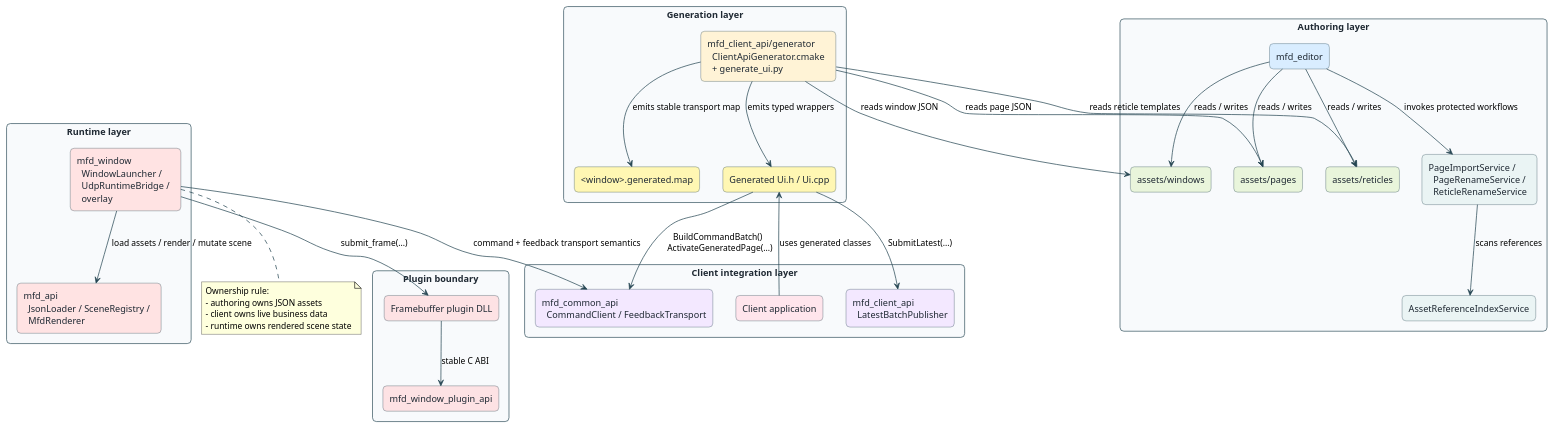
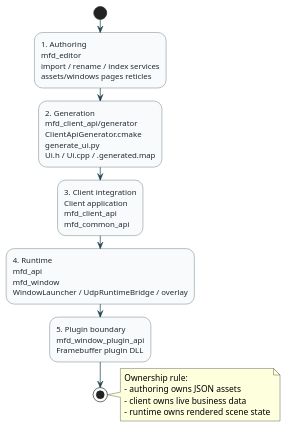
The diagram in docs/user_guide/diagrams/12_repository_module_layers.puml (benoitfragit/MFDStudio), drawn with PlantUML before and after one commit. The commit also changed 13 other files, not shown here.

```diff
--- a/docs/user_guide/diagrams/12_repository_module_layers.puml
+++ b/docs/user_guide/diagrams/12_repository_module_layers.puml
@@ -1,75 +1,29 @@
 @startuml
 skinparam backgroundColor #FFFFFF
 skinparam shadowing false
 skinparam defaultFontName Segoe UI
-skinparam packageStyle rectangle
 skinparam ArrowColor #264653
 skinparam ArrowThickness 1.1
-skinparam rectangle {
-  RoundCorner 12
-  BorderColor #264653
-  FontColor #1F2933
-}
-skinparam package {
+skinparam activity {
+  DiamondBorderColor #264653
+  DiamondBackgroundColor #EAF4F4
   BorderColor #264653
   BackgroundColor #F8FAFC
   FontColor #1F2933
 }
-top to bottom direction
 
-package "Authoring layer" {
-  rectangle "mfd_editor" as Editor #D9EDFF
-  rectangle "PageImportService /  \n  PageRenameService /  \n  ReticleRenameService" as EditorServices #EAF4F4
-  rectangle "AssetReferenceIndexService" as AssetIndex #EAF4F4
-  rectangle "assets/windows" as WindowAssets #E9F5DB
-  rectangle "assets/pages" as PageAssets #E9F5DB
-  rectangle "assets/reticles" as ReticleAssets #E9F5DB
-}
+start
+:1. Authoring\nmfd_editor\nimport / rename / index services\nassets/windows pages reticles;
+:2. Generation\nmfd_client_api/generator\nClientApiGenerator.cmake\ngenerate_ui.py\nUi.h / Ui.cpp / .generated.map;
+:3. Client integration\nClient application\nmfd_client_api\nmfd_common_api;
+:4. Runtime\nmfd_api\nmfd_window\nWindowLauncher / UdpRuntimeBridge / overlay;
+:5. Plugin boundary\nmfd_window_plugin_api\nFramebuffer plugin DLL;
+stop
 
-package "Generation layer" {
-  rectangle "mfd_client_api/generator  \n  ClientApiGenerator.cmake  \n  + generate_ui.py" as Generator #FFF3D6
-  rectangle "Generated Ui.h / Ui.cpp" as GeneratedUi #FFF7B3
-  rectangle "<window>.generated.map" as GeneratedMap #FFF7B3
-}
-
-package "Client integration layer" {
-  rectangle "Client application" as ClientApp #FFE5EC
-  rectangle "mfd_client_api  \n  LatestBatchPublisher" as ClientApi #F3E8FF
-  rectangle "mfd_common_api  \n  CommandClient / FeedbackTransport" as CommonApi #F3E8FF
-}
-
-package "Runtime layer" {
-  rectangle "mfd_api  \n  JsonLoader / SceneRegistry /  \n  MfdRenderer" as RuntimeCore #FFE3E3
-  rectangle "mfd_window  \n  WindowLauncher /  \n  UdpRuntimeBridge /  \n  overlay" as RuntimeHost #FFE3E3
-}
-
-package "Plugin boundary" {
-  rectangle "mfd_window_plugin_api" as PluginApi #FDE2E4
-  rectangle "Framebuffer plugin DLL" as PluginDll #FDE2E4
-}
-
-Editor --> EditorServices : invokes protected workflows
-EditorServices --> AssetIndex : scans references
-Editor --> WindowAssets : reads / writes
-Editor --> PageAssets : reads / writes
-Editor --> ReticleAssets : reads / writes
-Generator --> WindowAssets : reads window JSON
-Generator --> PageAssets : reads page JSON
-Generator --> ReticleAssets : reads reticle templates
-Generator --> GeneratedUi : emits typed wrappers
-Generator --> GeneratedMap : emits stable transport map
-ClientApp --> GeneratedUi : uses generated classes
-GeneratedUi --> ClientApi : SubmitLatest(...)
-GeneratedUi --> CommonApi : BuildCommandBatch() \n ActivateGeneratedPage(...)
-RuntimeHost --> RuntimeCore : load assets / render / mutate scene
-RuntimeHost --> CommonApi : command + feedback transport semantics
-RuntimeHost --> PluginDll : submit_frame(...)
-PluginDll --> PluginApi : stable C ABI
-
-note bottom of RuntimeHost
+note right
 Ownership rule:
 - authoring owns JSON assets
 - client owns live business data
 - runtime owns rendered scene state
 end note
 @enduml
```
